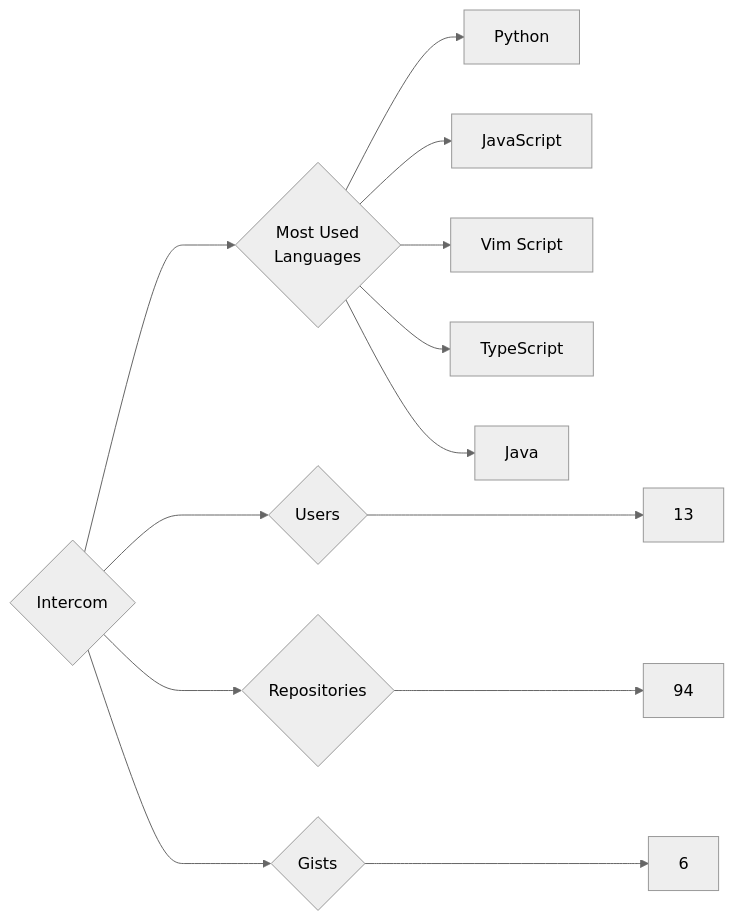
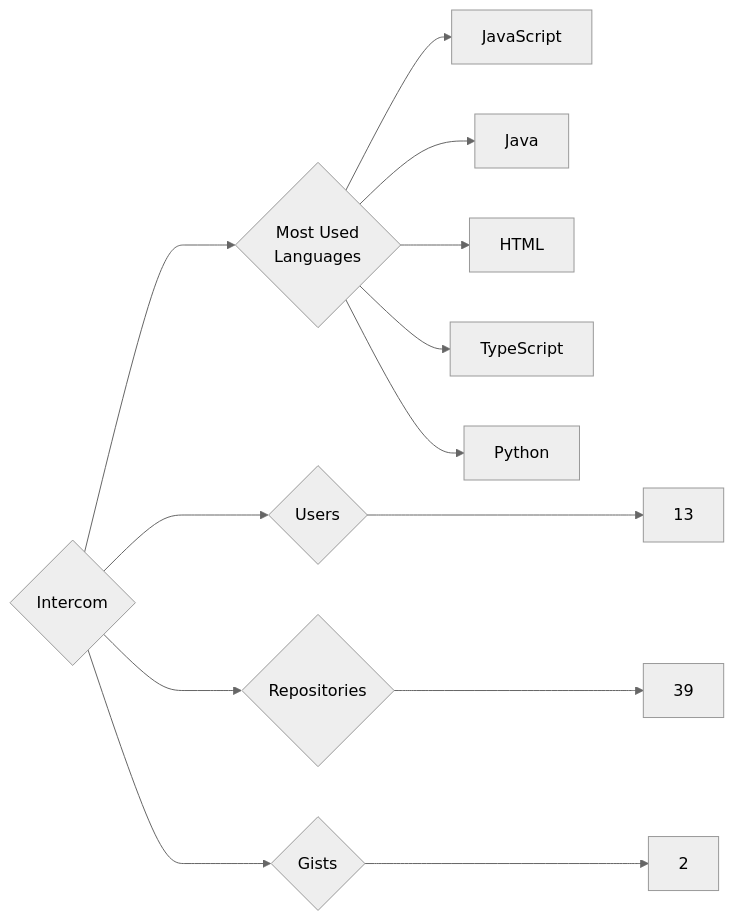
One commit to trickest/insiders changed the diagram in targets/Intercom/README.md. Above: the diagram before and after it, drawn with Mermaid (neutral theme). The commit also changed 840 other files, not shown here.

````diff
--- a/targets/Intercom/README.md
+++ b/targets/Intercom/README.md
@@ -3,13 +3,13 @@
 ```mermaid
 graph LR
 COMPANY_NAME{Intercom}
 COMPANY_NAME ---> U{Users} ---> UN[13]
-COMPANY_NAME ---> R{Repositories} ---> RN[94]
-COMPANY_NAME ---> G{Gists} ---> GN[6]
+COMPANY_NAME ---> R{Repositories} ---> RN[39]
+COMPANY_NAME ---> G{Gists} ---> GN[2]
 COMPANY_NAME ---> ML{Most Used<br>Languages}
+ML --> JavaScript[JavaScript]
+ML --> Java[Java]
+ML --> HTML[HTML]
+ML --> TypeScript[TypeScript]
 ML --> Python[Python]
-ML --> JavaScript[JavaScript]
-ML --> Vim_Script[Vim Script]
-ML --> TypeScript[TypeScript]
-ML --> Java[Java]
 ```
````
